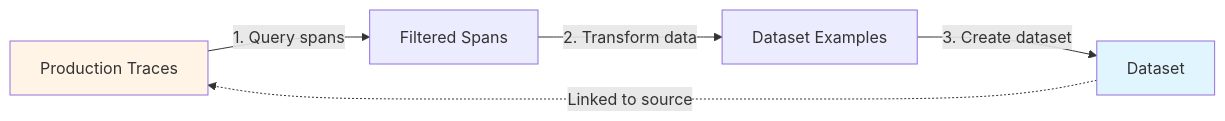
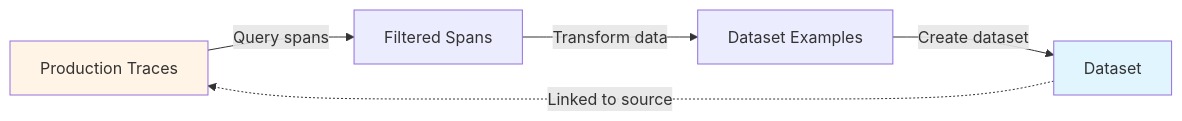
Before and after one commit to Arize-ai/phoenix: the diagram in docs/phoenix/release-notes/01-2026/01-21-2026-create-datasets-from-traces.mdx, drawn with Mermaid. The commit also changed other lines of this file, not shown here.

First line of the commit message:
docs: remove code snippets and fix mermaid diagram labels

````diff
--- a/docs/phoenix/release-notes/01-2026/01-21-2026-create-datasets-from-traces.mdx
+++ b/docs/phoenix/release-notes/01-2026/01-21-2026-create-datasets-from-traces.mdx
@@ -20,10 +20,10 @@
 ```mermaid
 flowchart LR
-    A[Production Traces] -->|1. Query spans| B[Filtered Spans]
-    B -->|2. Transform data| C[Dataset Examples]
-    C -->|3. Create dataset| D[Dataset]
+    A[Production Traces] -->|Query spans| B[Filtered Spans]
+    B -->|Transform data| C[Dataset Examples]
+    C -->|Create dataset| D[Dataset]
     D -.->|Linked to source| A
 
     style D fill:#e1f5ff
     style A fill:#fff4e6
 ```
````
